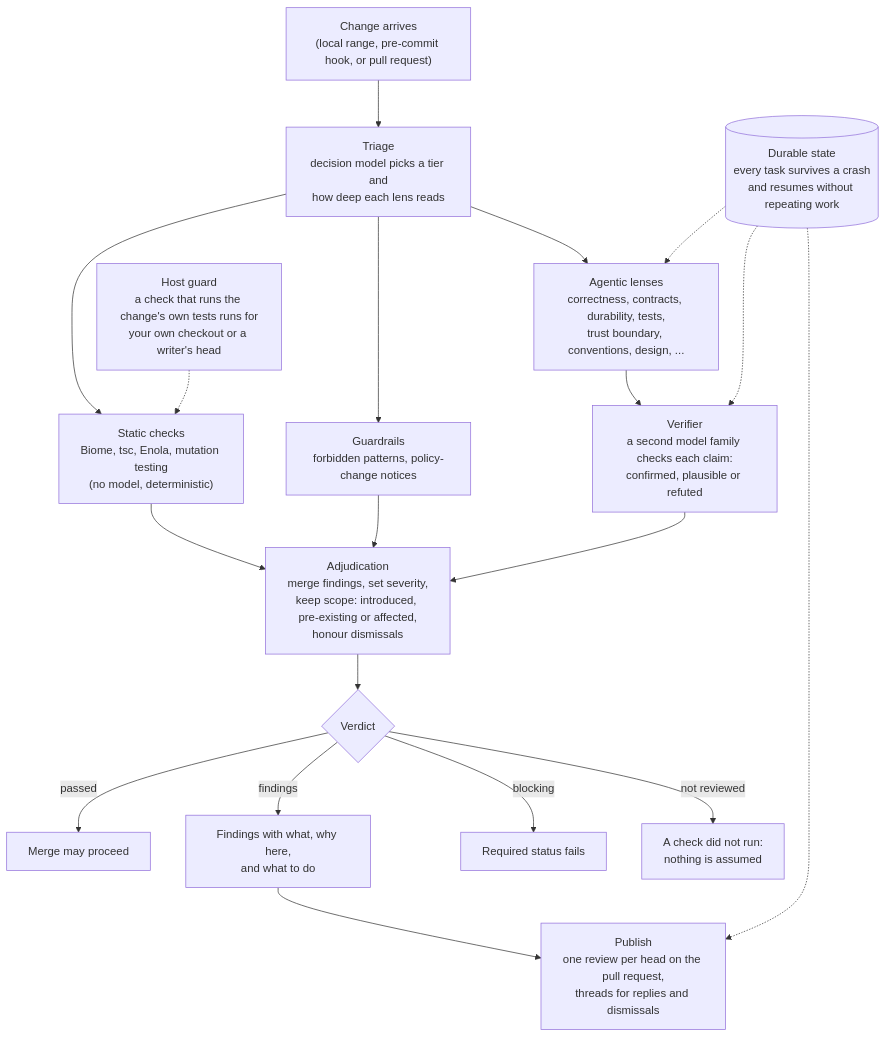
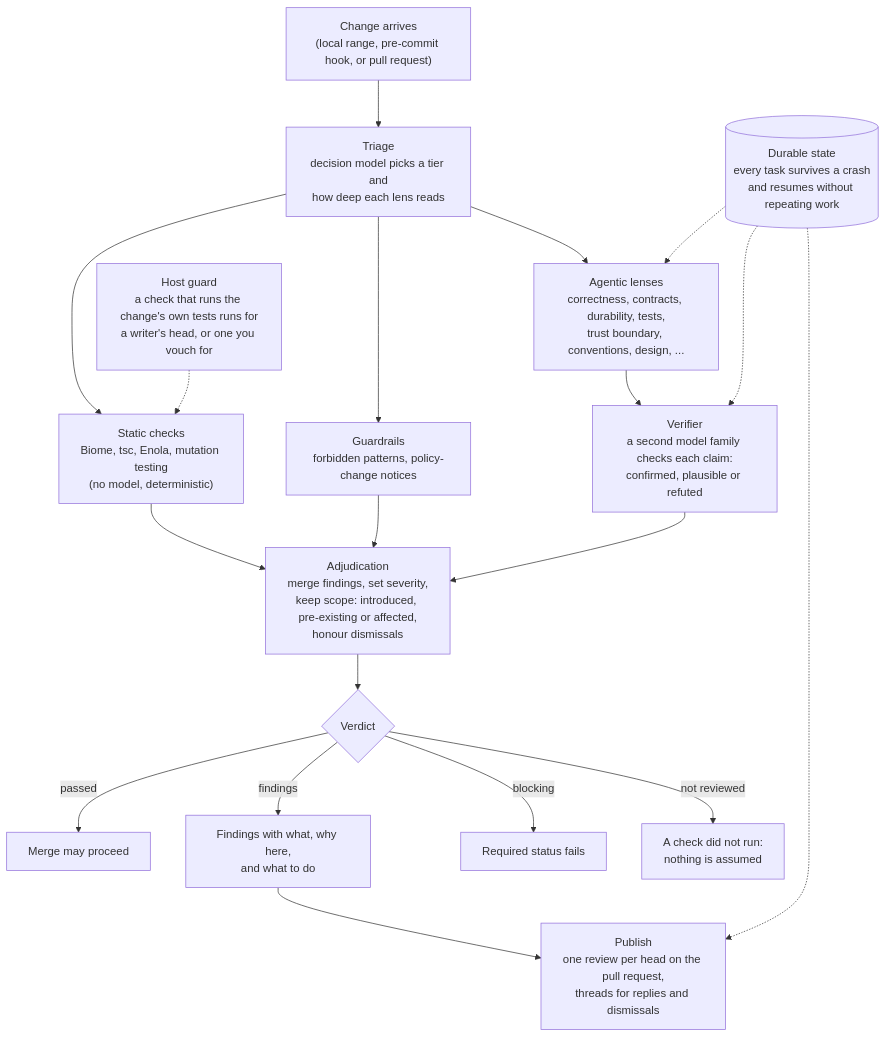
The diagram in README.md (melian-agent/melian), drawn with Mermaid before and after one commit. The commit also changed other lines of this file and 10 other files, not shown here.

Commit message:
docs: say a committed range runs its tests only with --trust-head, and what that costs

````diff
--- a/README.md
+++ b/README.md
@@ -44,22 +44,22 @@
 ```mermaid
 flowchart TD
     A["Change arrives<br/>(local range, pre-commit hook, or pull request)"] --> B["Triage<br/>decision model picks a tier and<br/>how deep each lens reads"]
     B --> C["Static checks<br/>Biome, tsc, Enola, mutation testing<br/>(no model, deterministic)"]
     B --> D["Guardrails<br/>forbidden patterns, policy-change notices"]
     B --> E["Agentic lenses<br/>correctness, contracts, durability, tests,<br/>trust boundary, conventions, design, ..."]
     E --> F["Verifier<br/>a second model family checks each claim:<br/>confirmed, plausible or refuted"]
     C --> G["Adjudication<br/>merge findings, set severity,<br/>keep scope: introduced, pre-existing or affected,<br/>honour dismissals"]
     D --> G
     F --> G
     G --> H{"Verdict"}
     H -->|passed| I["Merge may proceed"]
     H -->|findings| J["Findings with what, why here,<br/>and what to do"]
     H -->|blocking| K["Required status fails"]
     H -->|not reviewed| L["A check did not run:<br/>nothing is assumed"]
     J --> M["Publish<br/>one review per head on the pull request,<br/>threads for replies and dismissals"]
 
     S[("Durable state<br/>every task survives a crash<br/>and resumes without repeating work")] -.-> E
     S -.-> F
     S -.-> M
-    T["Host guard<br/>a check that runs the change's own tests runs for<br/>your own checkout or a writer's head"] -.-> C
+    T["Host guard<br/>a check that runs the change's own tests runs for<br/>a writer's head, or one you vouch for"] -.-> C
 ```
````
